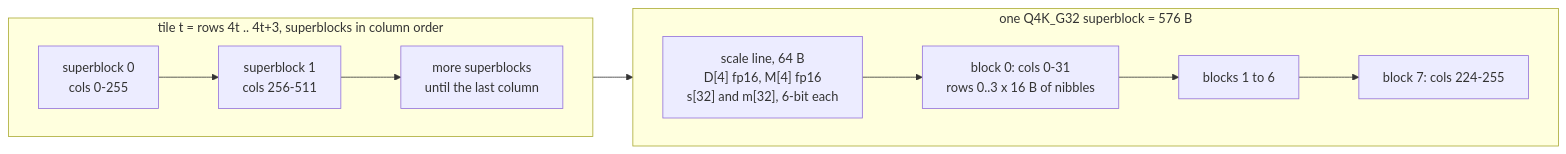
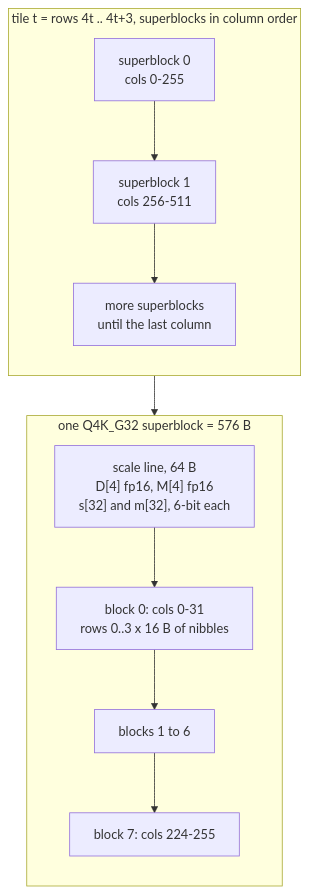
The seventh of 8 diagrams in docs/ARCHITECTURE.md (Optimizer077/nibblemac), drawn with Mermaid before and after one commit. The commit also changed other lines of this file, not shown here.

Commit message:
docs(architecture): draw chain diagrams top to bottom so they stay legible on phones
GitHub scales a Mermaid diagram to the column width; the left-to-right layer-block, file-layout
and Q4K-tile chains shrank to unreadable text on a ~360 px phone column.

````diff
--- a/docs/ARCHITECTURE.md
+++ b/docs/ARCHITECTURE.md
@@ -211,13 +211,13 @@
 ```mermaid
-flowchart LR
+flowchart TB
     subgraph tile ["tile t = rows 4t .. 4t+3, superblocks in column order"]
-        direction LR
+        direction TB
         s0["superblock 0<br/>cols 0-255"] --> s1["superblock 1<br/>cols 256-511"] --> sn["more superblocks<br/>until the last column"]
     end
     s0 --> q4k
     subgraph q4k ["one Q4K_G32 superblock = 576 B"]
-        direction LR
+        direction TB
         sl["scale line, 64 B<br/>D[4] fp16, M[4] fp16<br/>s[32] and m[32], 6-bit each"] --> b0["block 0: cols 0-31<br/>rows 0..3 x 16 B of nibbles"]
         b0 --> bm["blocks 1 to 6"] --> b7["block 7: cols 224-255"]
     end
 ```
````
